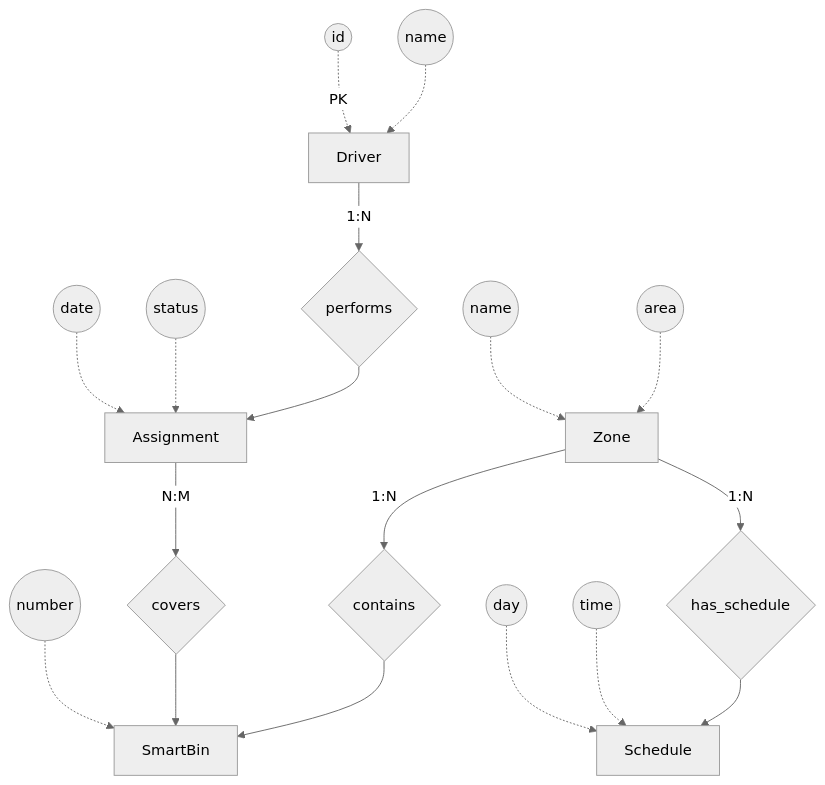
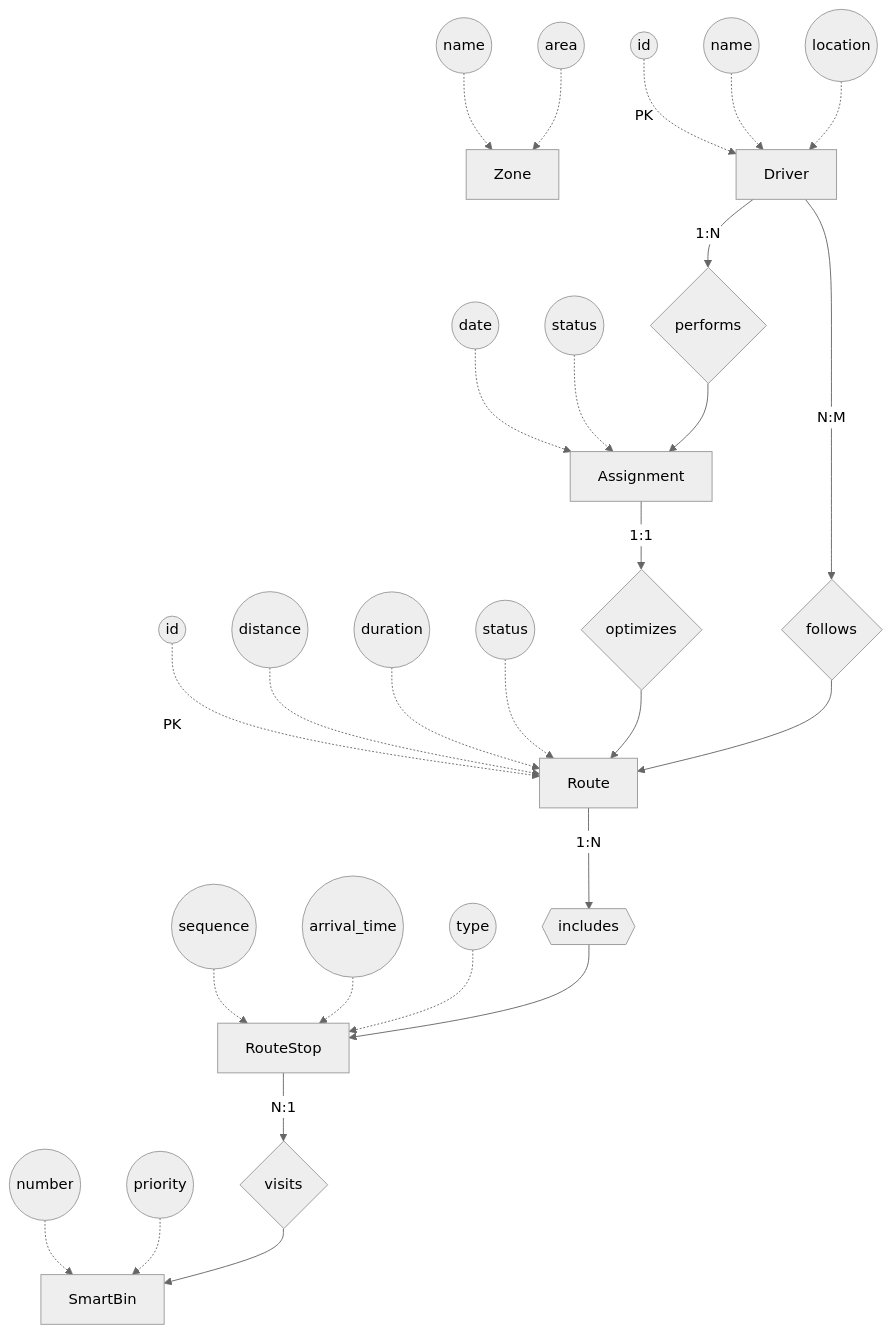
The fifth of 10 diagrams in documentation/wasgo-erd.md (Ellis-Ayikwei/waste-wise), drawn with Mermaid (neutral theme) before and after one commit. The commit also changed other lines of this file and 4 other files, not shown here.

````diff
--- a/documentation/wasgo-erd.md
+++ b/documentation/wasgo-erd.md
@@ -267,47 +283,66 @@
 ```mermaid
 graph TB
     %% COLLECTION ENTITIES
     Zone[Zone]
     zone_name((name))
     zone_area((area))
     
     zone_name -.-> Zone
     zone_area -.-> Zone
     
-    CollectionSchedule[Schedule]
-    schedule_day((day))
-    schedule_time((time))
+    CollectionRoute[Route]
+    route_id((id))
+    route_distance((distance))
+    route_duration((duration))
+    route_status((status))
     
-    schedule_day -.-> CollectionSchedule
-    schedule_time -.-> CollectionSchedule
+    route_id -.->|PK| CollectionRoute
+    route_distance -.-> CollectionRoute
+    route_duration -.-> CollectionRoute
+    route_status -.-> CollectionRoute
+    
+    RouteStop[RouteStop]
+    stop_sequence((sequence))
+    stop_arrival((arrival_time))
+    stop_type((type))
+    
+    stop_sequence -.-> RouteStop
+    stop_arrival -.-> RouteStop
+    stop_type -.-> RouteStop
     
     CollectionAssignment[Assignment]
     assign_date((date))
     assign_status((status))
     
     assign_date -.-> CollectionAssignment
     assign_status -.-> CollectionAssignment
     
     Driver[Driver]
     driver_id((id))
     driver_name((name))
+    driver_location((location))
     
     driver_id -.->|PK| Driver
     driver_name -.-> Driver
+    driver_location -.-> Driver
     
     SmartBin[SmartBin]
     bin_number((number))
+    bin_priority((priority))
     
     bin_number -.-> SmartBin
+    bin_priority -.-> SmartBin
     
-    %% COLLECTION RELATIONSHIPS
-    has_schedule{has_schedule}
+    %% COLLECTION & ROUTE RELATIONSHIPS
+    optimizes{optimizes}
+    follows{follows}
+    includes{{includes}}
+    visits{visits}
     performs{performs}
-    covers{covers}
-    contains{contains}
     
-    Zone -->|1:N| has_schedule --> CollectionSchedule
+    CollectionAssignment -->|1:1| optimizes --> CollectionRoute
+    Driver -->|N:M| follows --> CollectionRoute
+    CollectionRoute -->|1:N| includes --> RouteStop
+    RouteStop -->|N:1| visits --> SmartBin
     Driver -->|1:N| performs --> CollectionAssignment
-    CollectionAssignment -->|N:M| covers --> SmartBin
-    Zone -->|1:N| contains --> SmartBin
 ```
````
